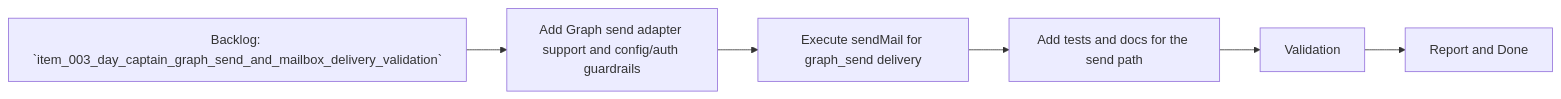
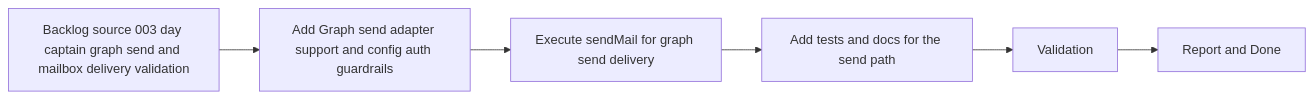
The diagram in logics/tasks/task_006_day_captain_graph_send_delivery_execution.md (AlexAgo83/day-captain), drawn with Mermaid before and after one commit. The commit also changed 40 other files, not shown here.

Commit message:
Normalize Logics Mermaid diagrams

````diff
--- a/logics/tasks/task_006_day_captain_graph_send_delivery_execution.md
+++ b/logics/tasks/task_006_day_captain_graph_send_delivery_execution.md
@@ -18,8 +18,8 @@
 ```mermaid
 flowchart LR
-    Backlog[Backlog: `item_003_day_captain_graph_send_and_mailbox_delivery_validation`] --> Step1[Add Graph send adapter support and config/auth guardrails]
-    Step1 --> Step2[Execute sendMail for graph_send delivery]
+    Backlog[Backlog source 003 day captain graph send and mailbox delivery validation] --> Step1[Add Graph send adapter support and config auth guardrails]
+    Step1 --> Step2[Execute sendMail for graph send delivery]
     Step2 --> Step3[Add tests and docs for the send path]
     Step3 --> Validation[Validation]
     Validation --> Report[Report and Done]
 ```
````
